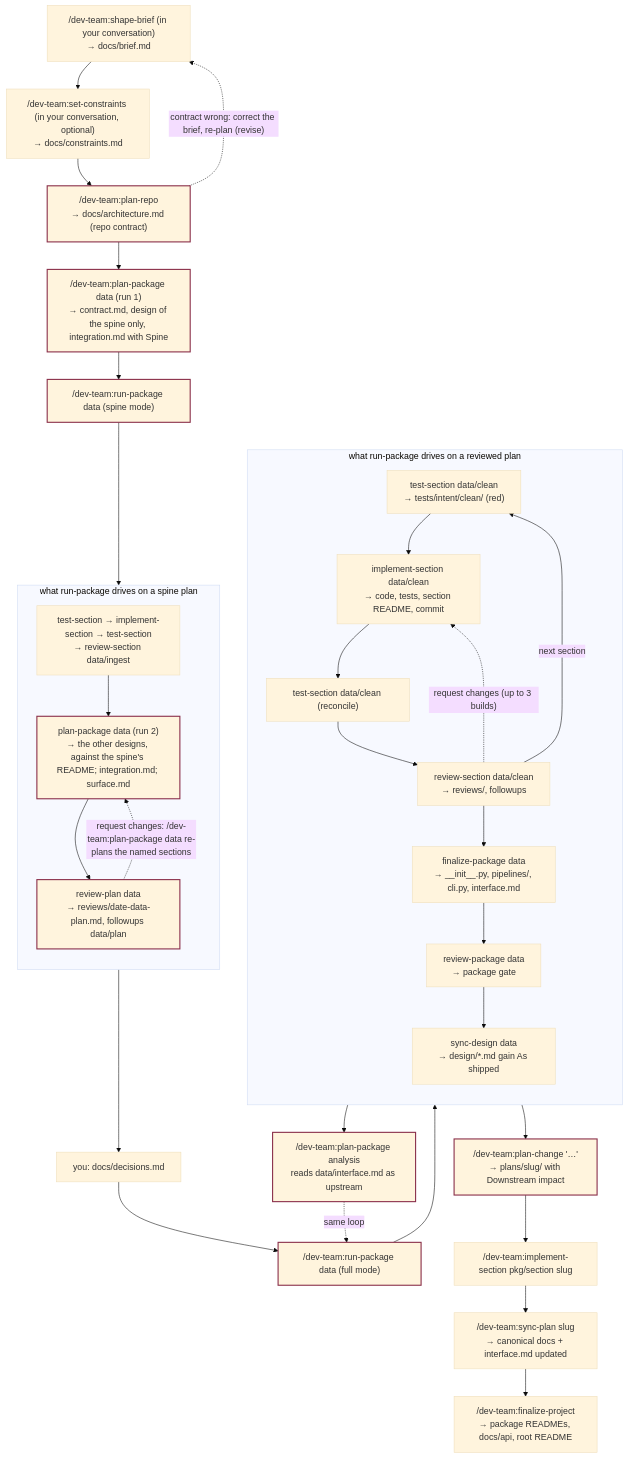
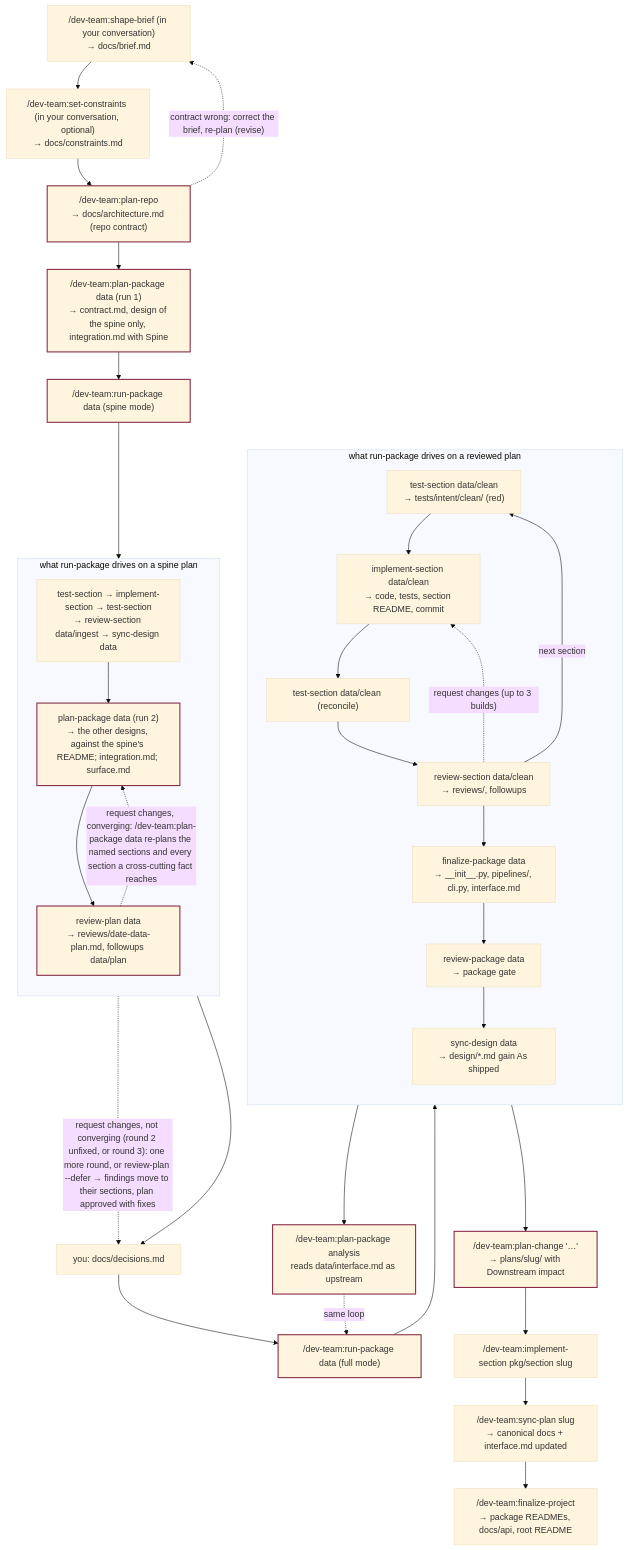
The second of 3 diagrams in dev-team/site/flow.md (cott435/cott-plugins), drawn with Mermaid (base theme) before and after one commit. The commit also changed other lines of this file and 14 other files, not shown here.

First line of the commit message:
dev-team: give the plan-and-review loop an exit, sync the spine before completion, propagate cross-cutting facts

````diff
--- a/dev-team/site/flow.md
+++ b/dev-team/site/flow.md
@@ -45,41 +45,42 @@
 ```mermaid
 flowchart TD
   S["/dev-team:shape-brief (in your conversation)<br/>→ docs/brief.md"]
   S --> K["/dev-team:set-constraints (in your conversation, optional)<br/>→ docs/constraints.md"]
   K --> A
   A["/dev-team:plan-repo<br/>→ docs/architecture.md (repo contract)"]
   A -. "contract wrong: correct the brief, re-plan (revise)" .-> S
   A --> B1["/dev-team:plan-package data (run 1)<br/>→ contract.md, design of the spine only, integration.md with Spine"]
   B1 --> R1["/dev-team:run-package data (spine mode)"]
   subgraph spine["what run-package drives on a spine plan"]
     direction TB
-    SP["test-section → implement-section → test-section<br/>→ review-section data/ingest"]
+    SP["test-section → implement-section → test-section<br/>→ review-section data/ingest → sync-design data"]
     SP --> B2["plan-package data (run 2)<br/>→ the other designs, against the spine's README; integration.md; surface.md"]
     B2 --> RP["review-plan data<br/>→ reviews/date-data-plan.md, followups data/plan"]
   end
   R1 --> SP
-  RP -. "request changes: /dev-team:plan-package data re-plans the named sections" .-> B2
+  RP -. "request changes, converging: /dev-team:plan-package data re-plans the named sections and every section a cross-cutting fact reaches" .-> B2
+  RP -. "request changes, not converging (round 2 unfixed, or round 3): one more round, or review-plan --defer → findings move to their sections, plan approved with fixes" .-> DEC
   RP --> DEC["you: docs/decisions.md"]
   DEC --> R2["/dev-team:run-package data (full mode)"]
   subgraph full["what run-package drives on a reviewed plan"]
     direction TB
     T1["test-section data/clean<br/>→ tests/intent/clean/ (red)"]
     T1 --> C["implement-section data/clean<br/>→ code, tests, section README, commit"]
     C --> T2["test-section data/clean (reconcile)"]
     T2 --> D["review-section data/clean<br/>→ reviews/, followups"]
     D -. "request changes (up to 3 builds)" .-> C
     D -->|next section| T1
     D --> E["finalize-package data<br/>→ __init__.py, pipelines/, cli.py, interface.md"]
     E --> F["review-package data<br/>→ package gate"]
     F --> SD["sync-design data<br/>→ design/*.md gain As shipped"]
   end
   R2 --> T1
   SD --> G["/dev-team:plan-package analysis<br/>reads data/interface.md as upstream"]
   G -.->|same loop| R2
   F --> H["/dev-team:plan-change '…'<br/>→ plans/slug/ with Downstream impact"]
   H --> I["/dev-team:implement-section pkg/section slug"]
   I --> J["/dev-team:sync-plan slug<br/>→ canonical docs + interface.md updated"]
   J --> K2["/dev-team:finalize-project<br/>→ package READMEs, docs/api, root README"]
   classDef stop stroke:#8a2f4a,stroke-width:2px;
   class A,B1,B2,RP,R1,R2,G,H stop;
 ```
````
